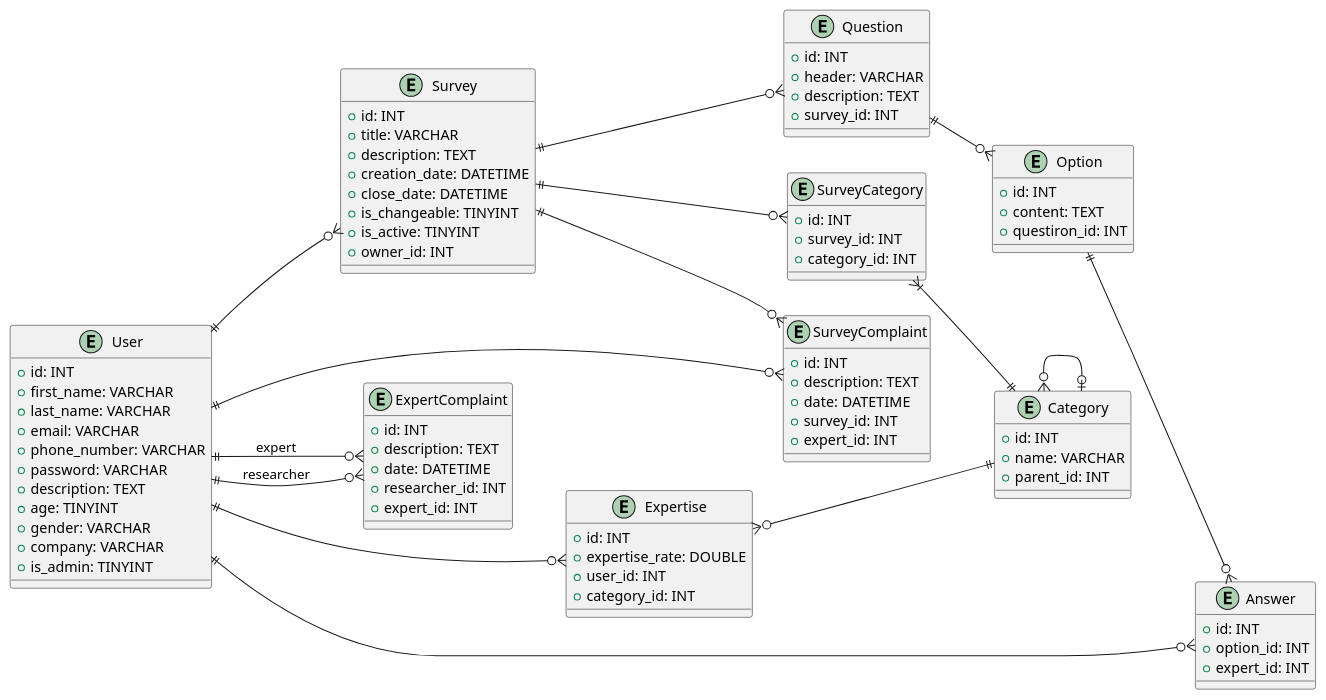
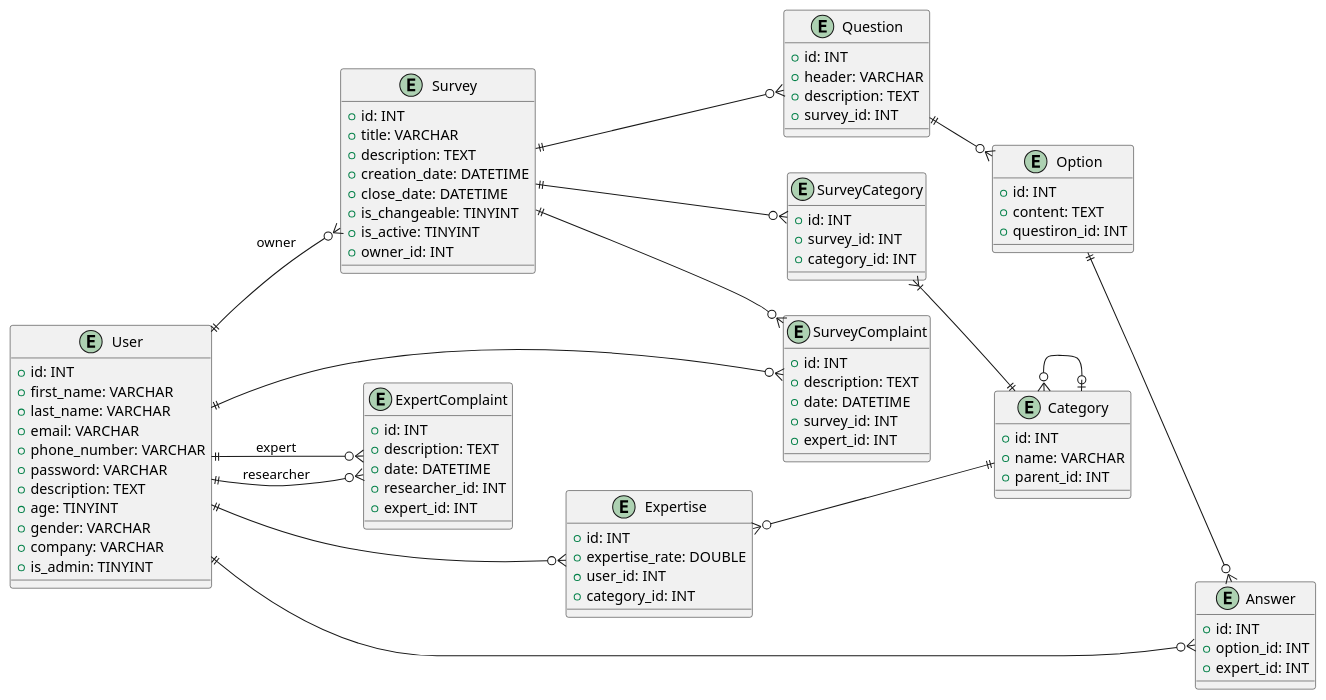
The second of 2 diagrams in docs/design.md (generalmaks/db_labs), drawn with PlantUML before and after one commit.

Commit message:
Update business object model and er model

```diff
--- a/docs/design.md
+++ b/docs/design.md
@@ -225,7 +225,7 @@
     + parent_id: INT
   }
   
-    "User" ||--o{ "Survey"
+    "User" ||--o{ "Survey" :owner
     "User" ||--o{ "SurveyComplaint"
     "User" ||--o{ "ExpertComplaint" : expert
     "User" ||--o{ "ExpertComplaint" : researcher
```
